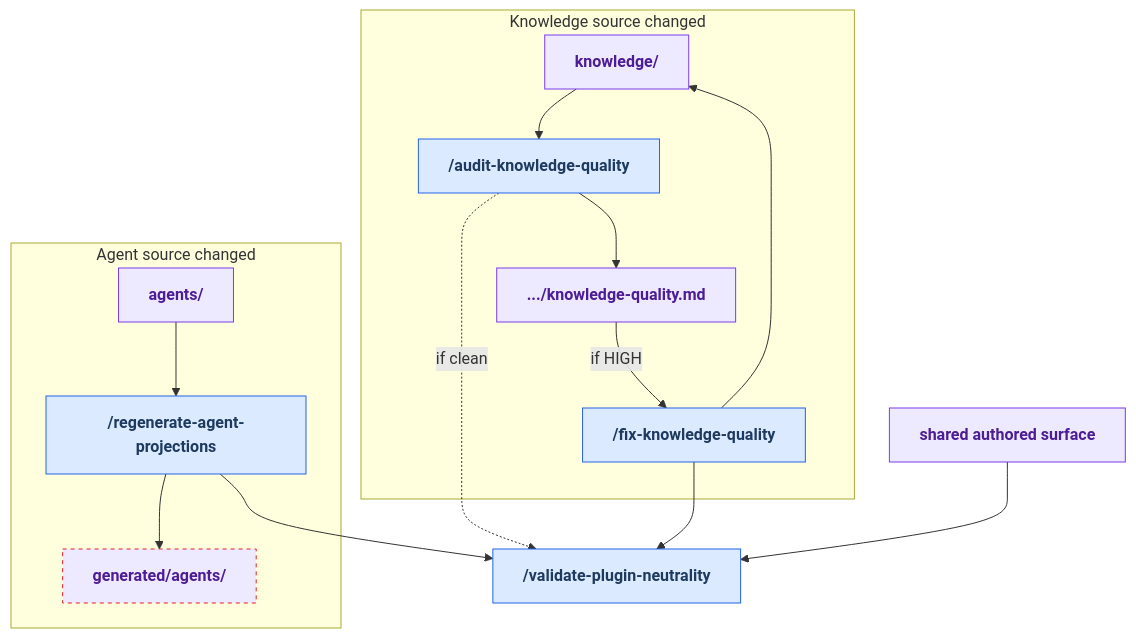
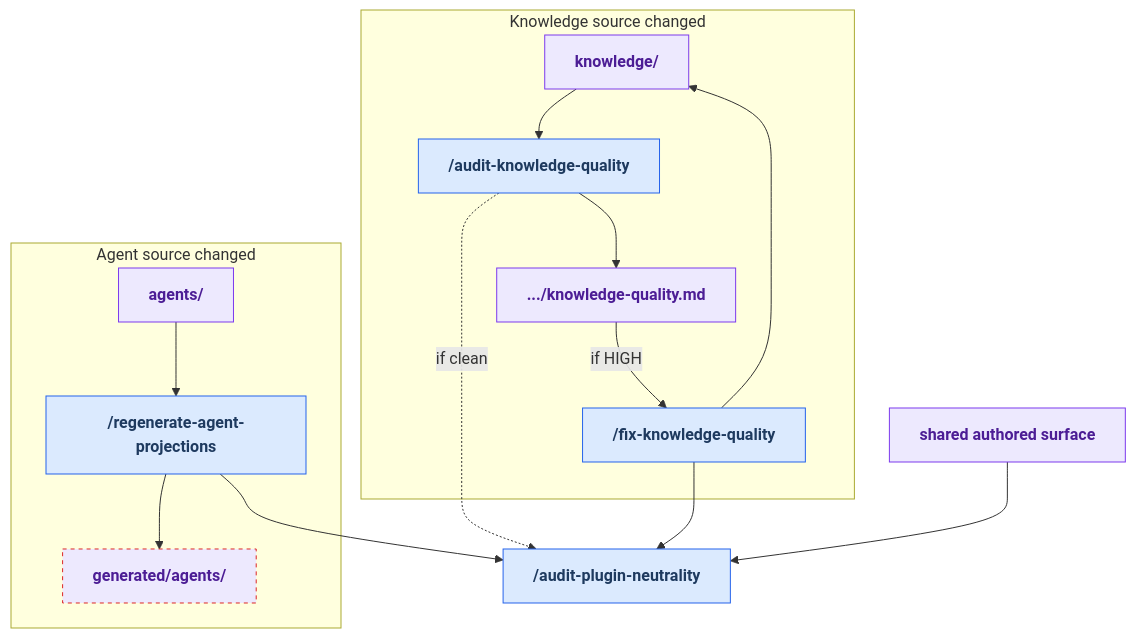
Before and after one commit to russell-laing/al-dev-shared: the diagram in docs/maintainer_tooling/derive.md, drawn with Mermaid. The commit also changed other lines of this file and 6 other files, not shown here.

````diff
--- a/docs/maintainer_tooling/derive.md
+++ b/docs/maintainer_tooling/derive.md
@@ -62,41 +62,41 @@
 ```mermaid
 flowchart TD
     classDef userSkill fill:#dbeafe,stroke:#2563eb,color:#1e3a5f,font-weight:bold
     classDef artifact fill:#ede9fe,stroke:#7c3aed,color:#4c1d95,font-weight:bold
     classDef orphanArtifact fill:#ede9fe,stroke:#dc2626,color:#4c1d95,stroke-dasharray:4 4,font-weight:bold
 
     subgraph agent_lane["Agent source changed"]
         art_agent_source["agents/"]
         skill_regenerate_agent_projections["/regenerate-agent-projections"]
         art_generated_agents["generated/agents/"]
     end
     subgraph knowledge_lane["Knowledge source changed"]
         art_knowledge_source["knowledge/"]
         skill_audit_knowledge_quality["/audit-knowledge-quality"]
         art_knowledge_quality_report[".../knowledge-quality.md"]
         skill_fix_knowledge_quality["/fix-knowledge-quality"]
     end
     art_shared_surface["shared authored surface"]
-    skill_align_harness_repos["/validate-plugin-neutrality"]
+    skill_align_harness_repos["/audit-plugin-neutrality"]
 
     art_agent_source --> skill_regenerate_agent_projections
     skill_regenerate_agent_projections --> art_generated_agents
     skill_regenerate_agent_projections --> skill_align_harness_repos
     art_knowledge_source --> skill_audit_knowledge_quality
     skill_audit_knowledge_quality --> art_knowledge_quality_report
     art_knowledge_quality_report -- "if HIGH" --> skill_fix_knowledge_quality
     skill_audit_knowledge_quality -. "if clean" .-> skill_align_harness_repos
     skill_fix_knowledge_quality --> art_knowledge_source
     skill_fix_knowledge_quality --> skill_align_harness_repos
     art_shared_surface --> skill_align_harness_repos
 
     class skill_regenerate_agent_projections userSkill
     class skill_audit_knowledge_quality userSkill
     class skill_fix_knowledge_quality userSkill
     class skill_align_harness_repos userSkill
     class art_agent_source artifact
     class art_generated_agents orphanArtifact
     class art_knowledge_source artifact
     class art_knowledge_quality_report artifact
     class art_shared_surface artifact
 ```
````
